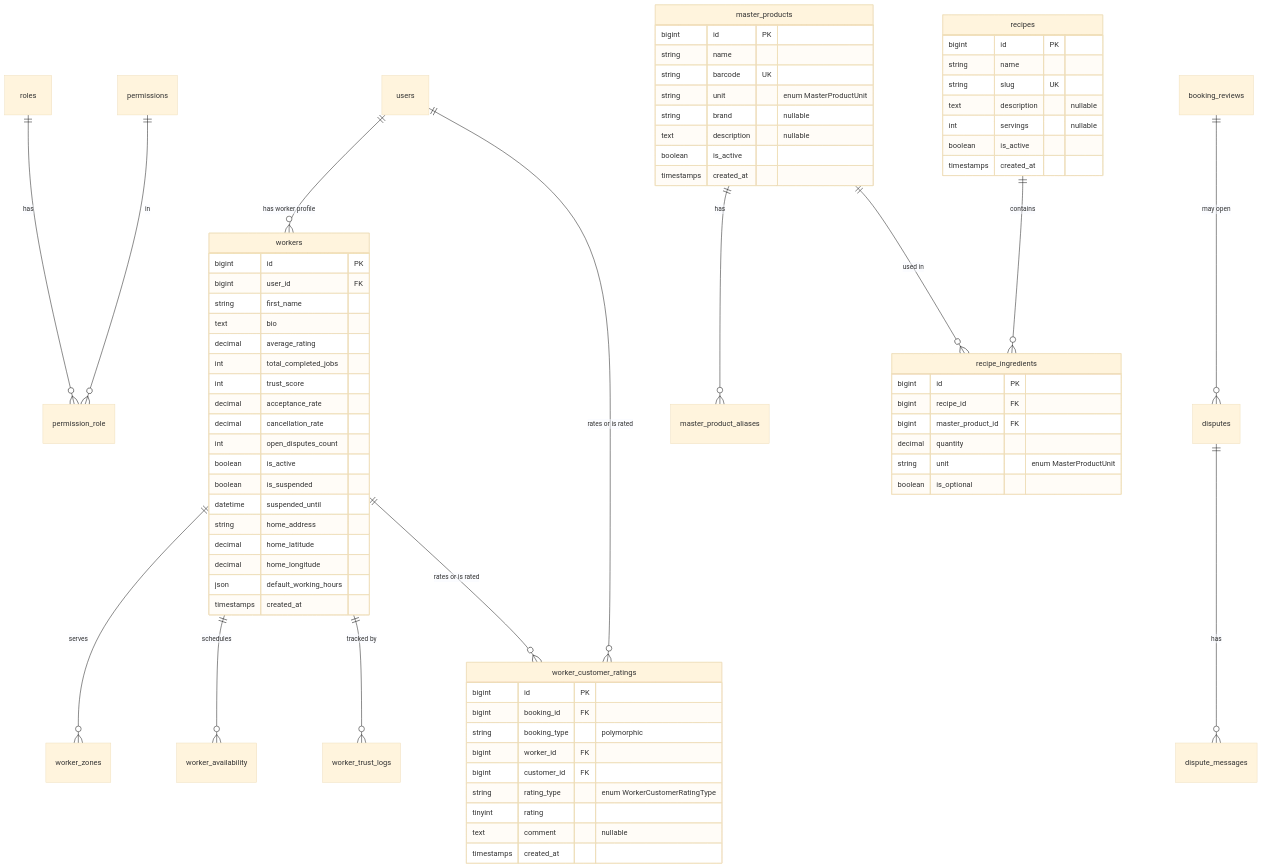
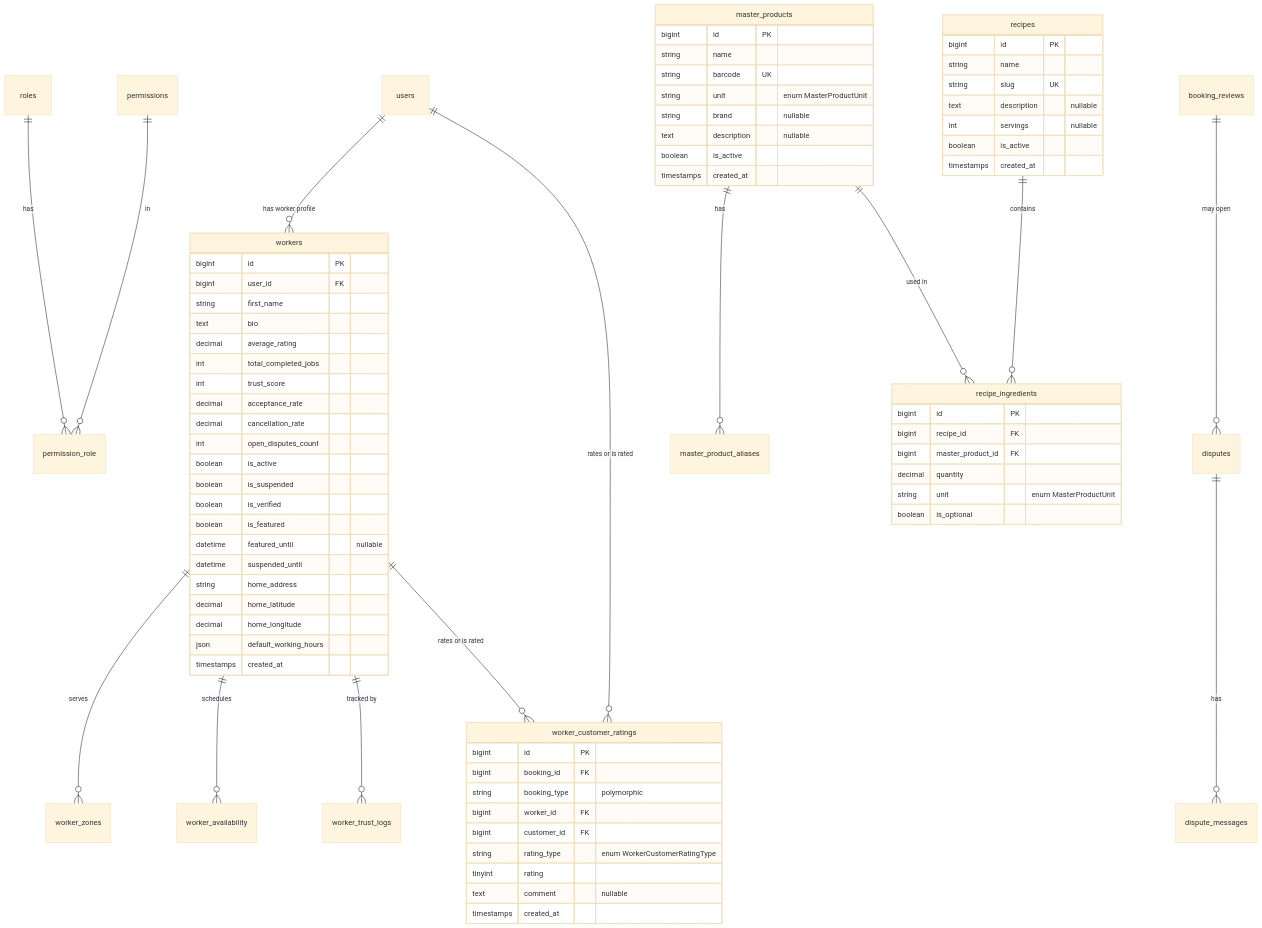
One commit to dllni-app/dllni_backend changed the diagram in .cursor/plans/shared_tables_erd.plan.md. Above: the diagram before and after it, drawn with Mermaid (base theme). The commit also changed other lines of this file and 3 other files, not shown here.

Commit message:
[DOCS] update erd docs

```diff
--- a/.cursor/plans/shared_tables_erd.plan.md
+++ b/.cursor/plans/shared_tables_erd.plan.md
@@ -140,6 +151,9 @@
         int open_disputes_count
         boolean is_active
         boolean is_suspended
+        boolean is_verified
+        boolean is_featured
+        datetime featured_until "nullable"
         datetime suspended_until
         string home_address
         decimal home_latitude
```
